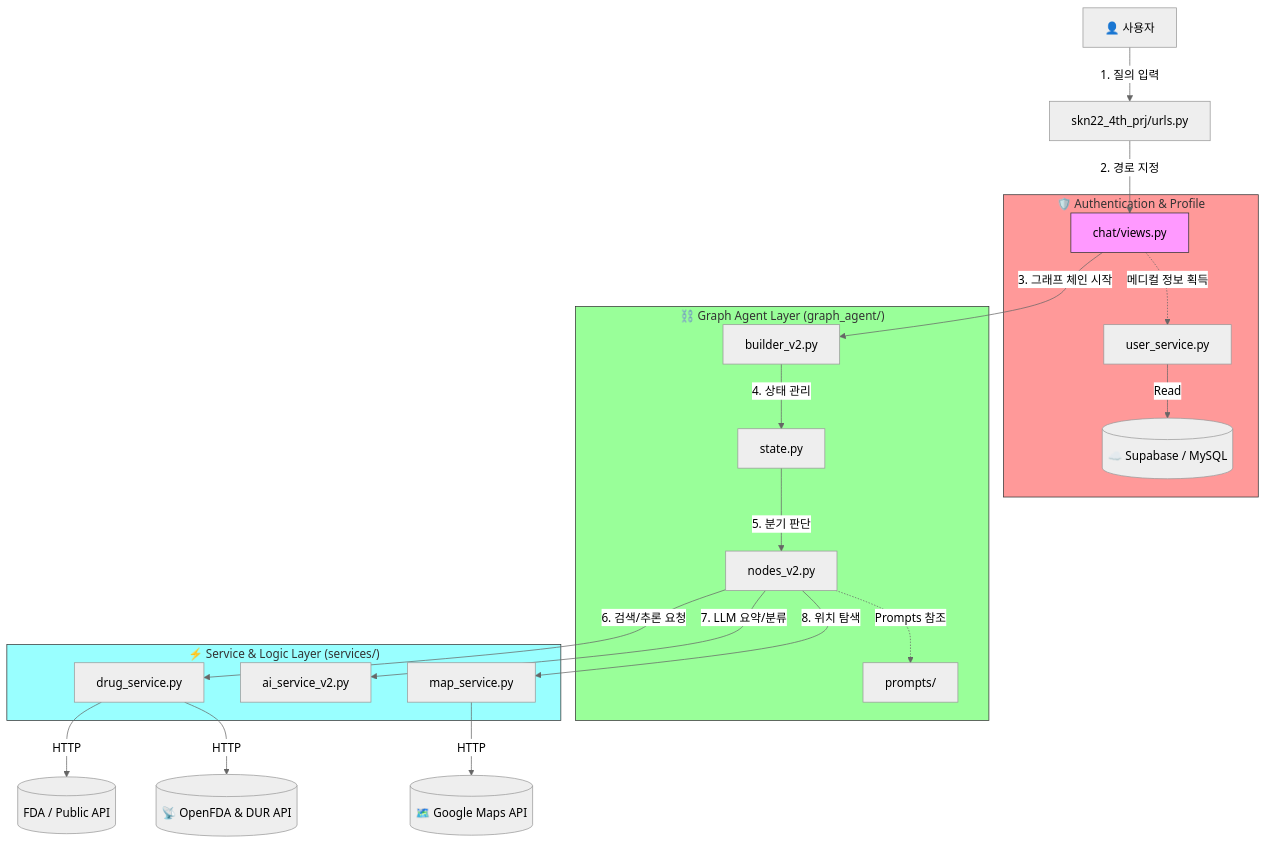
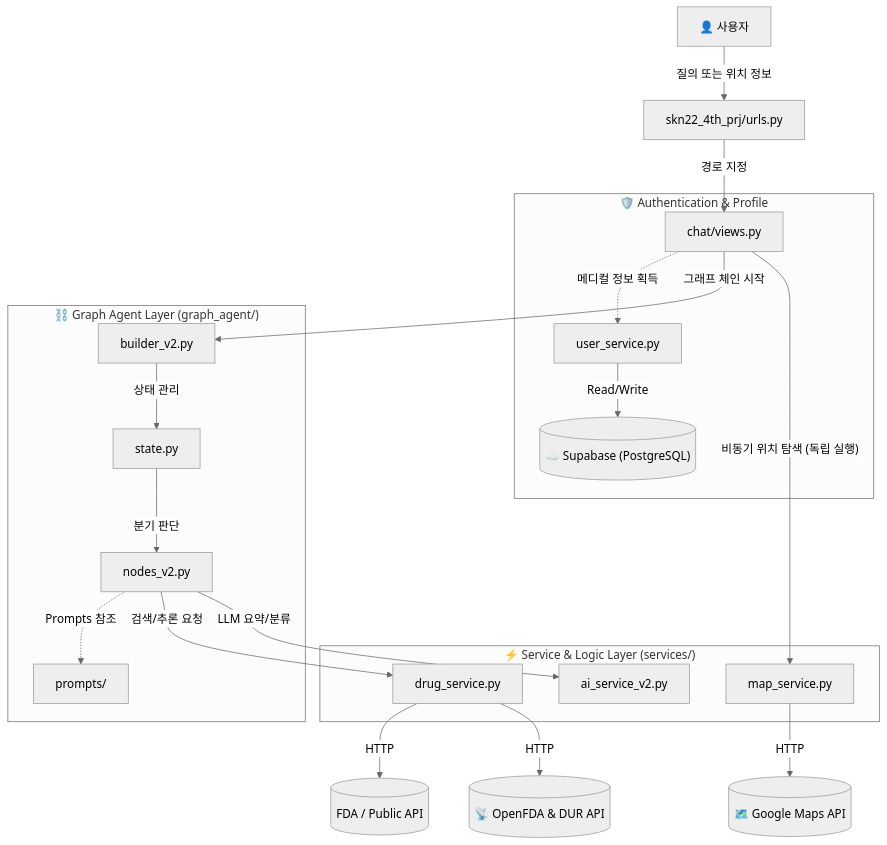
One commit to DJAeun/SKN22-4th-1Team changed the first of 2 diagrams in README.md. Above: the diagram before and after it, drawn with Mermaid (neutral theme). The commit also changed other lines of this file, not shown here.

````diff
--- a/README.md
+++ b/README.md
@@ -92,46 +92,44 @@
 ```mermaid
 graph TD
     %% 사용자 및 진입점
-    User["👤 사용자"] -->|"1. 질의 입력"| DjangoUrls["skn22_4th_prj/urls.py"]
-    DjangoUrls -->|"2. 경로 지정"| Views["chat/views.py"]
+    User["👤 사용자"] -->|"질의 또는 위치 정보"| DjangoUrls["skn22_4th_prj/urls.py"]
+    DjangoUrls -->|"경로 지정"| Views["chat/views.py"]
 
     subgraph Security_User ["🛡️ Authentication & Profile"]
         Views -.->|"메디컬 정보 획득"| UserSvc["user_service.py"]
-        UserSvc -->|"Read"| Supabase[("☁️ Supabase / MySQL")]
+        UserSvc -->|"Read/Write"| Supabase[("☁️ Supabase (PostgreSQL)")]
     end
 
     subgraph LangGraph ["⛓️ Graph Agent Layer (graph_agent/)"]
         Builder["builder_v2.py"]
         Nodes["nodes_v2.py"]
         State["state.py"]
         Prompts["prompts/"]
     end
     
     subgraph Services ["⚡ Service & Logic Layer (services/)"]
         MapSvc["map_service.py"]
         AISvc["ai_service_v2.py"]
         DrugSvc["drug_service.py"]
     end
 
-    %% Flow
-    Views -->|"3. 그래프 체인 시작"| Builder
-    Builder -->|"4. 상태 관리"| State
-    State -->|"5. 분기 판단"| Nodes
+    %% Flow: AI 응답 파이프라인
+    Views -->|"그래프 체인 시작"| Builder
+    Builder -->|"상태 관리"| State
+    State -->|"분기 판단"| Nodes
     Nodes -.->|"Prompts 참조"| Prompts
 
-    %% Agent External calls
-    Nodes -->|"6. 검색/추론 요청"| DrugSvc
-    Nodes -->|"7. LLM 요약/분류"| AISvc
-    Nodes -->|"8. 위치 탐색"| MapSvc
+    %% Agent External calls (Data Retrieval & AI)
+    Nodes -->|"검색/추론 요청"| DrugSvc
+    Nodes -->|"LLM 요약/분류"| AISvc
+    
+    %% Flow: 비동기 약국 탐색 파이프라인
+    Views -->|"비동기 위치 탐색 (독립 실행)"| MapSvc
     
     %% APIs
     DrugSvc -->|"HTTP"| ExtPine[("FDA / Public API")]
     DrugSvc -->|"HTTP"| ExtFDA[("📡 OpenFDA & DUR API")]
     MapSvc -->|"HTTP"| ExtMaps[("🗺️ Google Maps API")]
 
-    %% Styles
-    style Views fill:#f9f,stroke:#333
-    style Security_User fill:#f99,stroke:#333
-    style LangGraph fill:#9f9,stroke:#333
-    style Services fill:#9ff,stroke:#333
+
 ```
````
